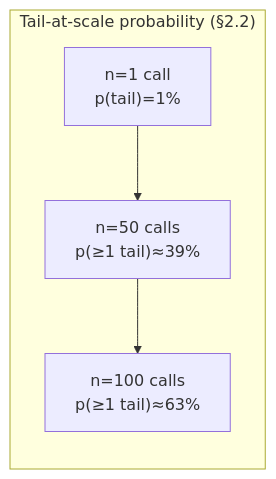
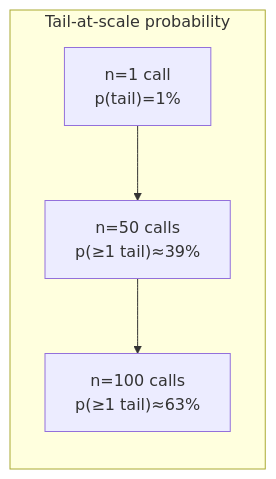
One commit to umashankarp/InterviewQuestions changed the first of 4 diagrams in 16-Distributed-Systems/06-TailLatency-HedgedRequests-TailAtScale.md. Above: the diagram before and after it, drawn with Mermaid. The commit also changed other lines of this file and 173 other files, not shown here.

````diff
--- a/16-Distributed-Systems/06-TailLatency-HedgedRequests-TailAtScale.md
+++ b/16-Distributed-Systems/06-TailLatency-HedgedRequests-TailAtScale.md
@@ -63,7 +63,7 @@
 ```mermaid
 graph LR
-    subgraph "Tail-at-scale probability (§2.2)"
-        N1["n=1 call<br/>p(tail)=1%"] --> N50["n=50 calls<br/>p(≥1 tail)≈39%"]
-        N50 --> N100["n=100 calls<br/>p(≥1 tail)≈63%"]
-    end
+ subgraph "Tail-at-scale probability"
+ N1["n=1 call<br/>p(tail)=1%"] --> N50["n=50 calls<br/>p(≥1 tail)≈39%"]
+ N50 --> N100["n=100 calls<br/>p(≥1 tail)≈63%"]
+ end
 ```
````
